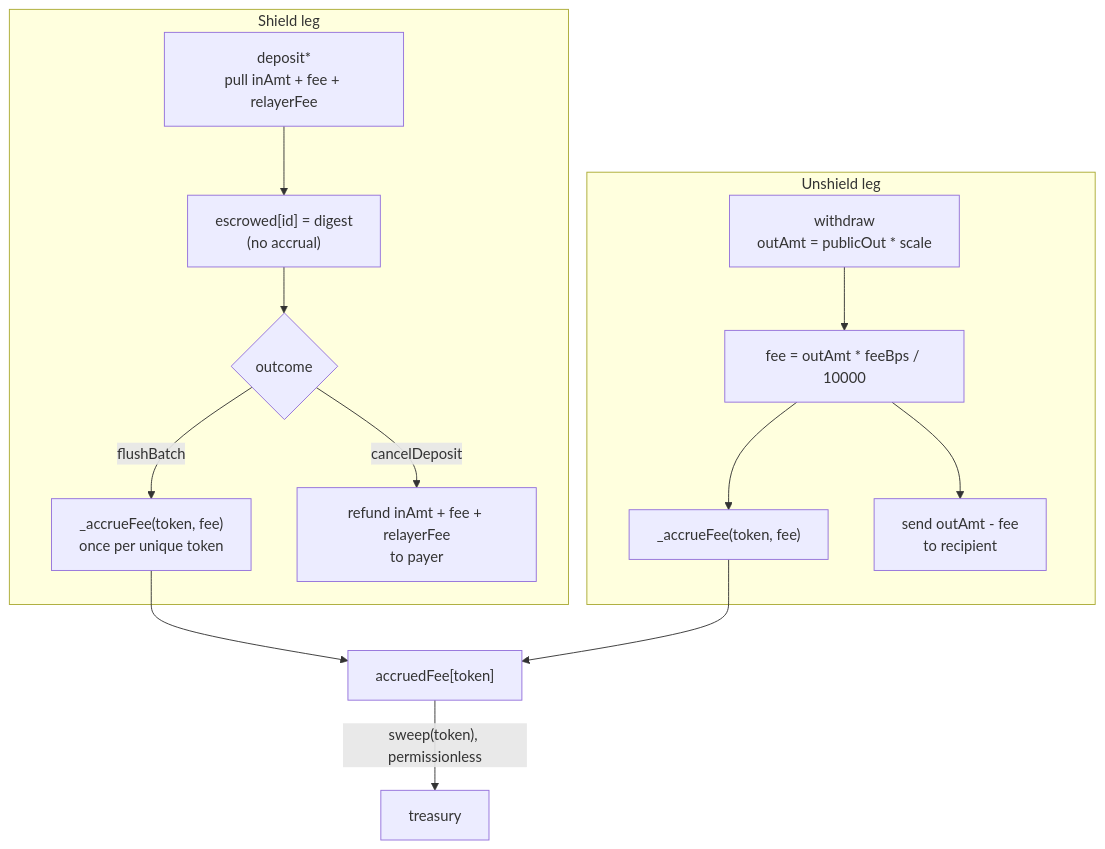
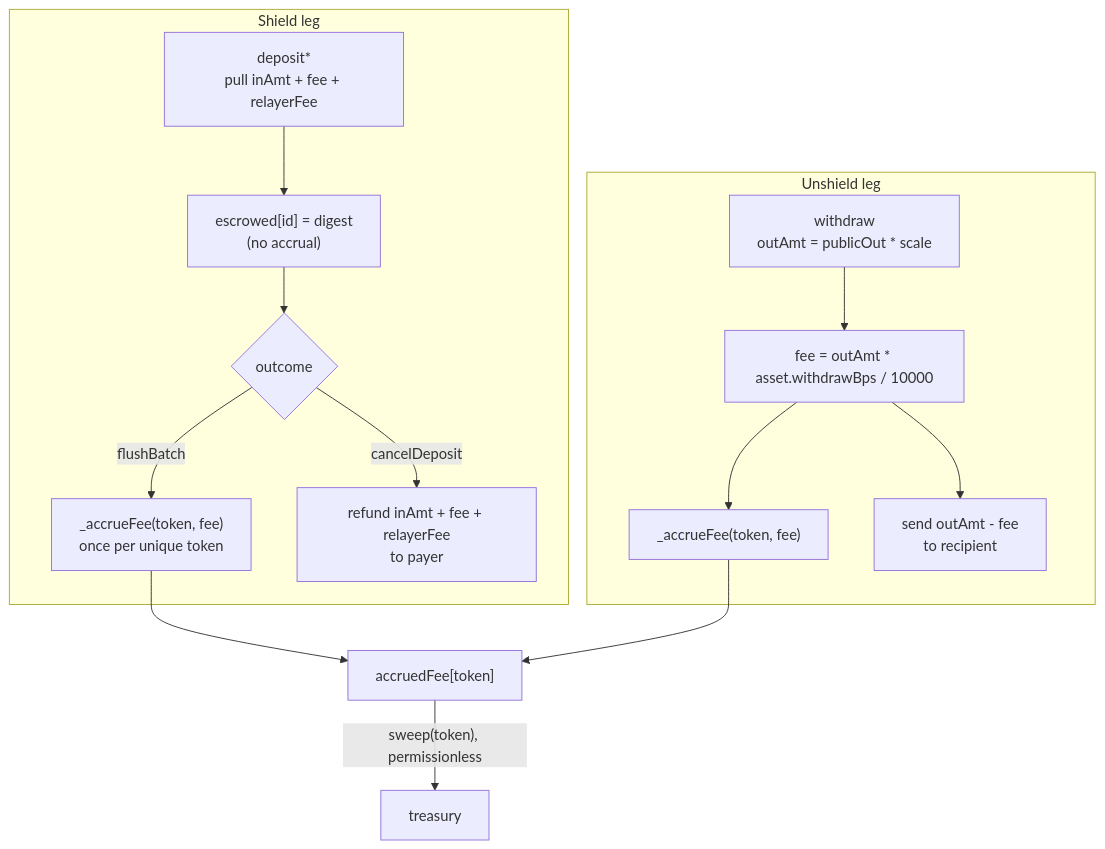
Before and after one commit to lelantos-org/contracts: the ninth of 10 diagrams in src/README.md, drawn with Mermaid. The commit also changed other lines of this file and 45 other files, not shown here.

````diff
--- a/src/README.md
+++ b/src/README.md
@@ -400,17 +400,17 @@
 ```mermaid
 flowchart TD
   subgraph SHIELD["Shield leg"]
     S1["deposit*<br/>pull inAmt + fee + relayerFee"] --> S2["escrowed[id] = digest<br/>(no accrual)"]
     S2 --> S3{"outcome"}
     S3 -->|flushBatch| S4["_accrueFee(token, fee)<br/>once per unique token"]
     S3 -->|cancelDeposit| S5["refund inAmt + fee + relayerFee<br/>to payer"]
   end
   subgraph UNSHIELD["Unshield leg"]
-    W1["withdraw<br/>outAmt = publicOut * scale"] --> W2["fee = outAmt * feeBps / 10000"]
+    W1["withdraw<br/>outAmt = publicOut * scale"] --> W2["fee = outAmt * asset.withdrawBps / 10000"]
     W2 --> W3["_accrueFee(token, fee)"]
     W2 --> W4["send outAmt - fee<br/>to recipient"]
   end
   S4 --> A["accruedFee[token]"]
   W3 --> A
   A -->|"sweep(token), permissionless"| TR["treasury"]
 ```
````
